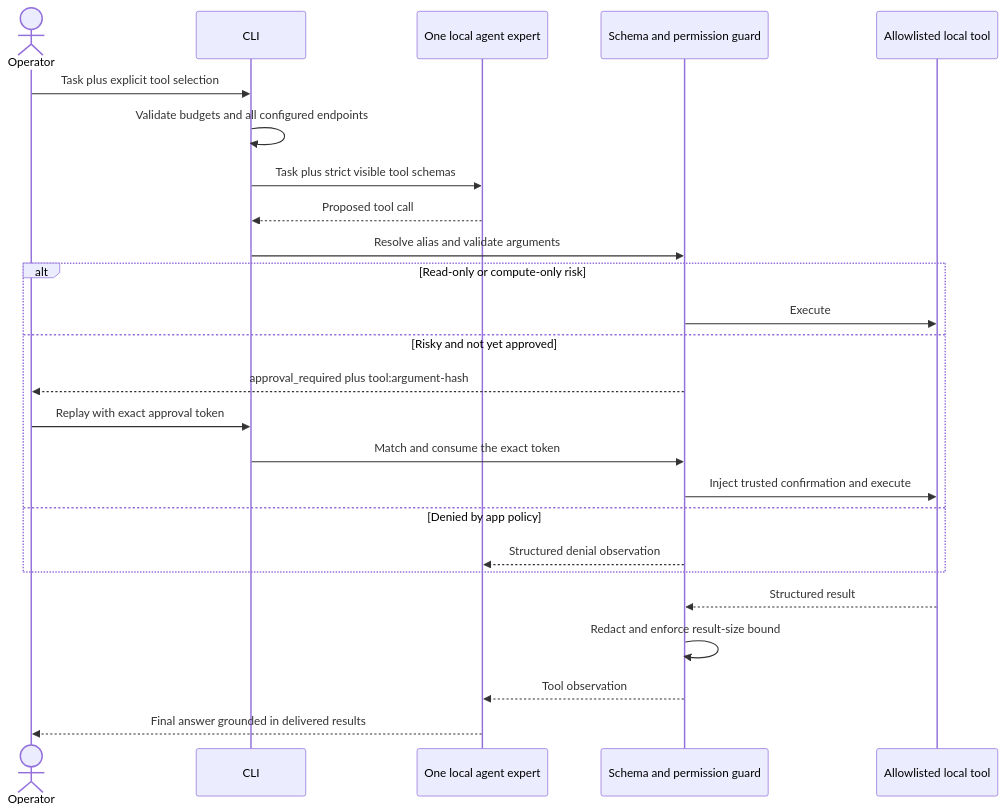
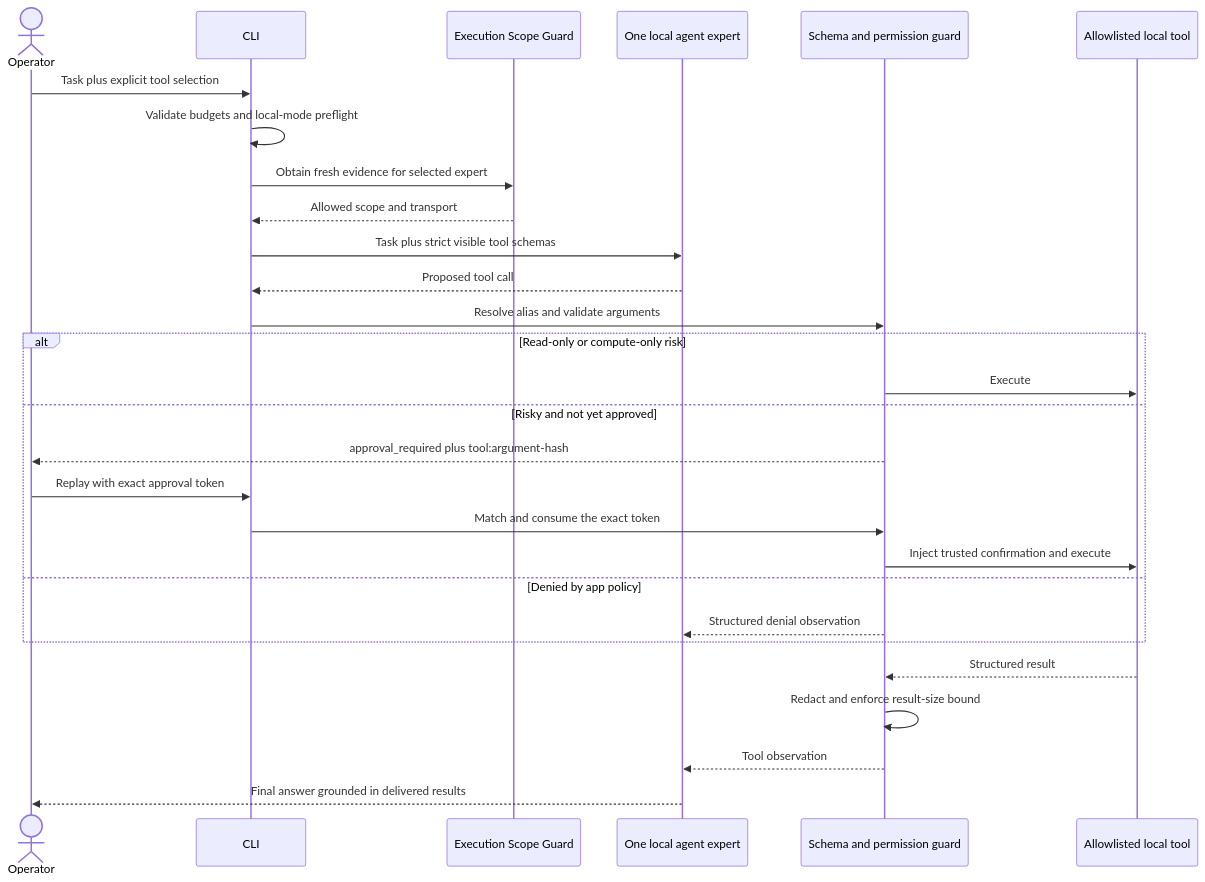
Before and after one commit to aantenore/myMoE: the sixth of 8 diagrams in docs/how-it-works/README.md, drawn with Mermaid. The commit also changed other lines of this file and 19 other files, not shown here.

Commit message:
docs: define execution scope contract

````diff
--- a/docs/how-it-works/README.md
+++ b/docs/how-it-works/README.md
@@ -296,30 +332,33 @@
 ```mermaid
 sequenceDiagram
     actor Operator
     participant CLI
+    participant Scope as Execution Scope Guard
     participant Model as One local agent expert
     participant Guard as Schema and permission guard
     participant Tool as Allowlisted local tool
 
     Operator->>CLI: Task plus explicit tool selection
-    CLI->>CLI: Validate budgets and all configured endpoints
+    CLI->>CLI: Validate budgets and local-mode preflight
+    CLI->>Scope: Obtain fresh evidence for selected expert
+    Scope-->>CLI: Allowed scope and transport
     CLI->>Model: Task plus strict visible tool schemas
     Model-->>CLI: Proposed tool call
     CLI->>Guard: Resolve alias and validate arguments
 
     alt Read-only or compute-only risk
         Guard->>Tool: Execute
     else Risky and not yet approved
         Guard-->>Operator: approval_required plus tool:argument-hash
         Operator->>CLI: Replay with exact approval token
         CLI->>Guard: Match and consume the exact token
         Guard->>Tool: Inject trusted confirmation and execute
     else Denied by app policy
         Guard-->>Model: Structured denial observation
     end
 
     Tool-->>Guard: Structured result
     Guard->>Guard: Redact and enforce result-size bound
     Guard-->>Model: Tool observation
     Model-->>Operator: Final answer grounded in delivered results
 ```
````
